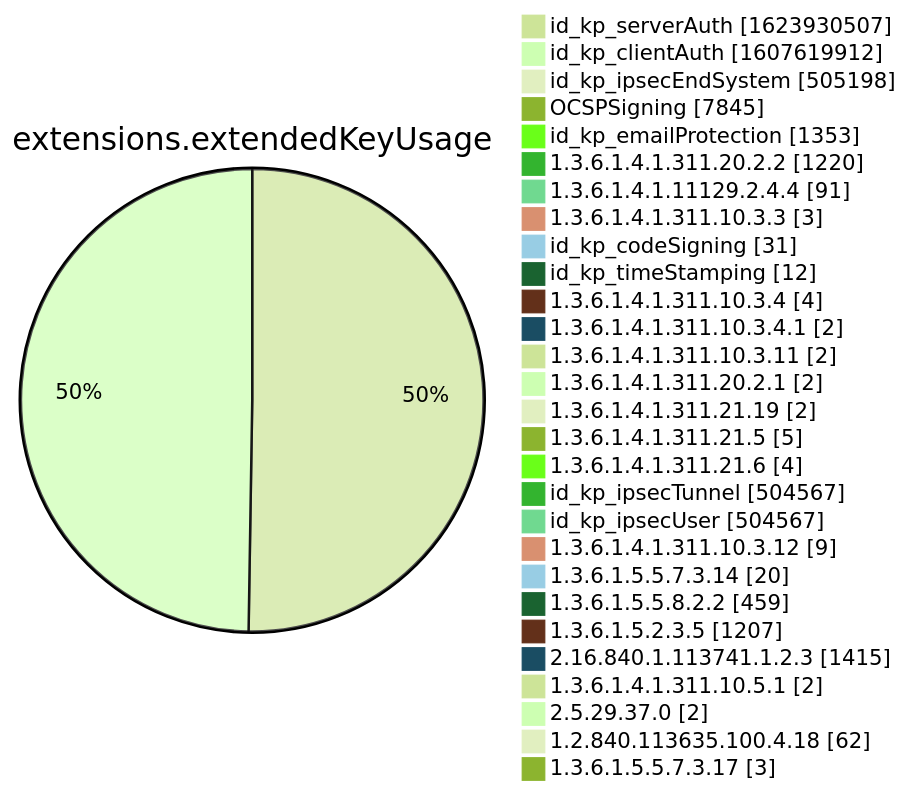
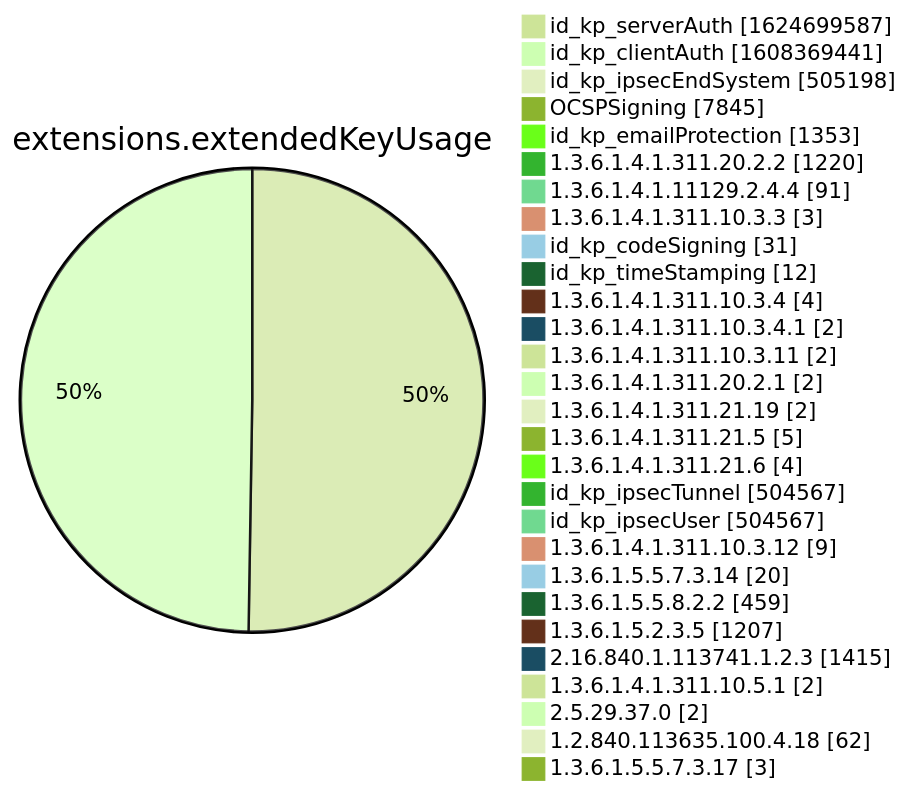
Before and after one commit to christiankrug/ctmonitor_visualization: diagram 12 of 15 in xenon2022/README.md, drawn with Mermaid (forest theme). The commit also changed other lines of this file, not shown here.

````diff
--- a/xenon2022/README.md
+++ b/xenon2022/README.md
@@ -3886,32 +3886,32 @@
 ```mermaid
 pie showData
 title extensions.extendedKeyUsage
-"id_kp_serverAuth" :1623930507
-"id_kp_clientAuth" :1607619912
+"id_kp_serverAuth" :1624699587
+"id_kp_clientAuth" :1608369441
 "id_kp_ipsecEndSystem" :505198
 "OCSPSigning" :7845
 "id_kp_emailProtection" :1353
 "1.3.6.1.4.1.311.20.2.2" :1220
 "1.3.6.1.4.1.11129.2.4.4" :91
 "1.3.6.1.4.1.311.10.3.3" :3
 "id_kp_codeSigning" :31
 "id_kp_timeStamping" :12
 "1.3.6.1.4.1.311.10.3.4" :4
 "1.3.6.1.4.1.311.10.3.4.1" :2
 "1.3.6.1.4.1.311.10.3.11" :2
 "1.3.6.1.4.1.311.20.2.1" :2
 "1.3.6.1.4.1.311.21.19" :2
 "1.3.6.1.4.1.311.21.5" :5
 "1.3.6.1.4.1.311.21.6" :4
 "id_kp_ipsecTunnel" :504567
 "id_kp_ipsecUser" :504567
 "1.3.6.1.4.1.311.10.3.12" :9
 "1.3.6.1.5.5.7.3.14" :20
 "1.3.6.1.5.5.8.2.2" :459
 "1.3.6.1.5.2.3.5" :1207
 "2.16.840.1.113741.1.2.3" :1415
 "1.3.6.1.4.1.311.10.5.1" :2
 "2.5.29.37.0" :2
 "1.2.840.113635.100.4.18" :62
 "1.3.6.1.5.5.7.3.17" :3
 ```
````
